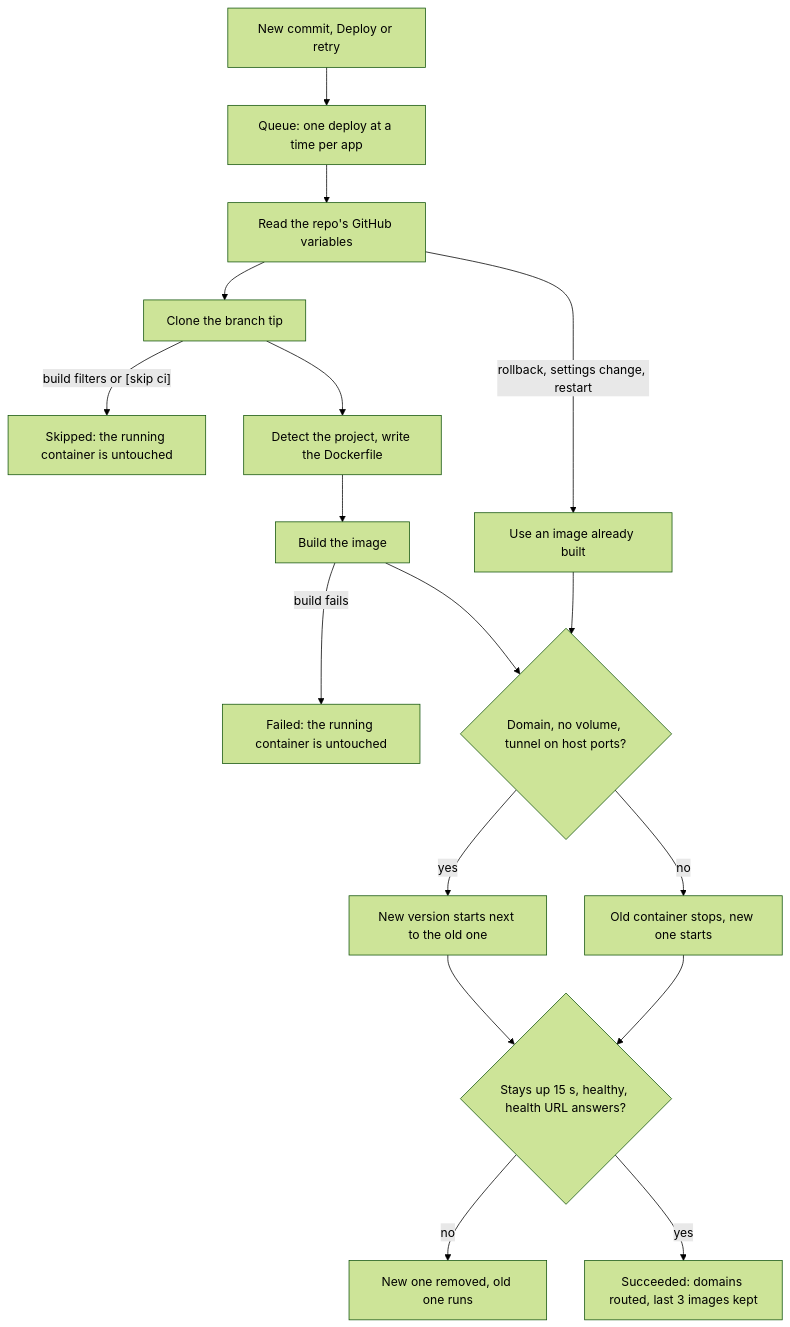
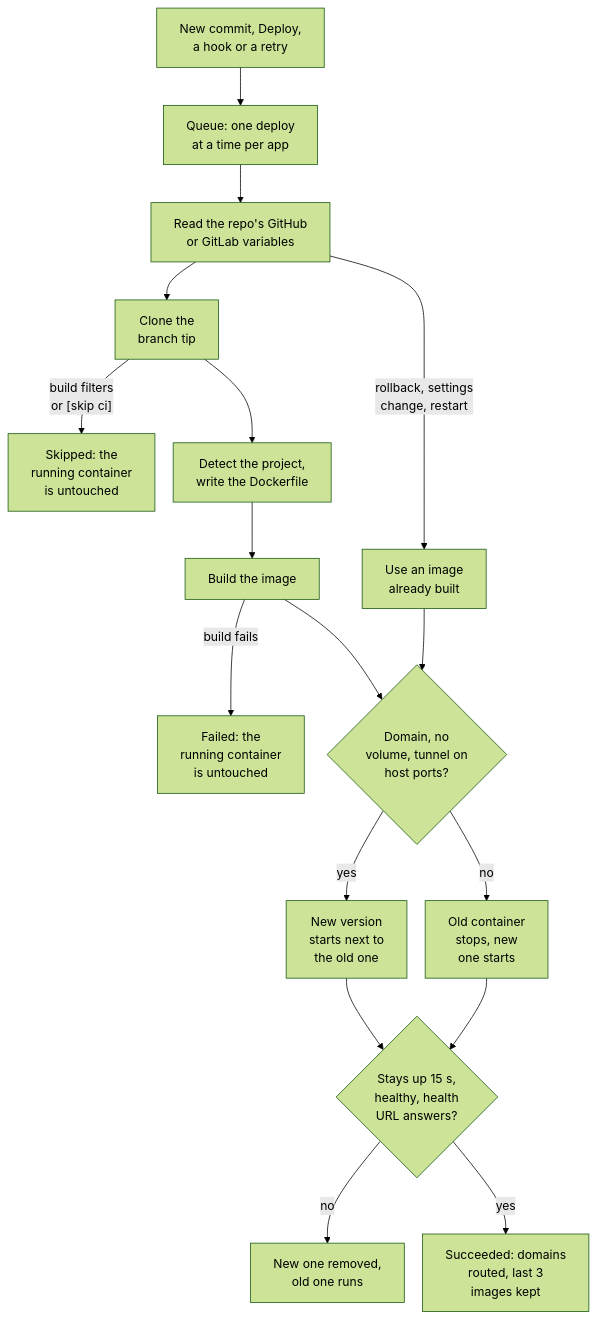
The first of 3 diagrams in docs/concepts/how-deploys-work.md (johnhowelljr/Gitberth), drawn with Mermaid (forest theme) before and after one commit. The commit also changed other lines of this file and 272 other files, not shown here.

````diff
--- a/docs/concepts/how-deploys-work.md
+++ b/docs/concepts/how-deploys-work.md
@@ -9,19 +9,20 @@
 ```mermaid
+%%{init: {"flowchart": {"nodeSpacing": 24}}}%%
 flowchart TD
-    start["New commit, Deploy or retry"] --> queue["Queue: one deploy at a time per app"]
-    queue --> vars["Read the repo's GitHub variables"]
-    vars --> clone["Clone the branch tip"]
-    vars -->|"rollback, settings change, restart"| built["Use an image already built"]
-    clone -->|"build filters or [skip ci]"| skipped["Skipped: the running container is untouched"]
-    clone --> dockerfile["Detect the project, write the Dockerfile"]
+    start["New commit, Deploy,<br/>a hook or a retry"] --> queue["Queue: one deploy<br/>at a time per app"]
+    queue --> vars["Read the repo's GitHub<br/>or GitLab variables"]
+    vars --> clone["Clone the<br/>branch tip"]
+    vars -->|"rollback, settings<br/>change, restart"| built["Use an image<br/>already built"]
+    clone -->|"build filters<br/>or [skip ci]"| skipped["Skipped: the<br/>running container<br/>is untouched"]
+    clone --> dockerfile["Detect the project,<br/>write the Dockerfile"]
     dockerfile --> build["Build the image"]
-    build -->|"build fails"| untouched["Failed: the running container is untouched"]
-    build --> swap{"Domain, no volume, tunnel on host ports?"}
+    build -->|"build fails"| untouched["Failed: the<br/>running container<br/>is untouched"]
+    build --> swap{"Domain, no<br/>volume, tunnel on<br/>host ports?"}
     built --> swap
-    swap -->|"yes"| side["New version starts next to the old one"]
-    swap -->|"no"| usual["Old container stops, new one starts"]
-    side --> checks{"Stays up 15 s, healthy, health URL answers?"}
+    swap -->|"yes"| side["New version<br/>starts next to<br/>the old one"]
+    swap -->|"no"| usual["Old container<br/>stops, new<br/>one starts"]
+    side --> checks{"Stays up 15 s,<br/>healthy, health<br/>URL answers?"}
     usual --> checks
-    checks -->|"no"| back["New one removed, old one runs"]
-    checks -->|"yes"| done["Succeeded: domains routed, last 3 images kept"]
+    checks -->|"no"| back["New one removed,<br/>old one runs"]
+    checks -->|"yes"| done["Succeeded: domains<br/>routed, last 3<br/>images kept"]
 ```
````
